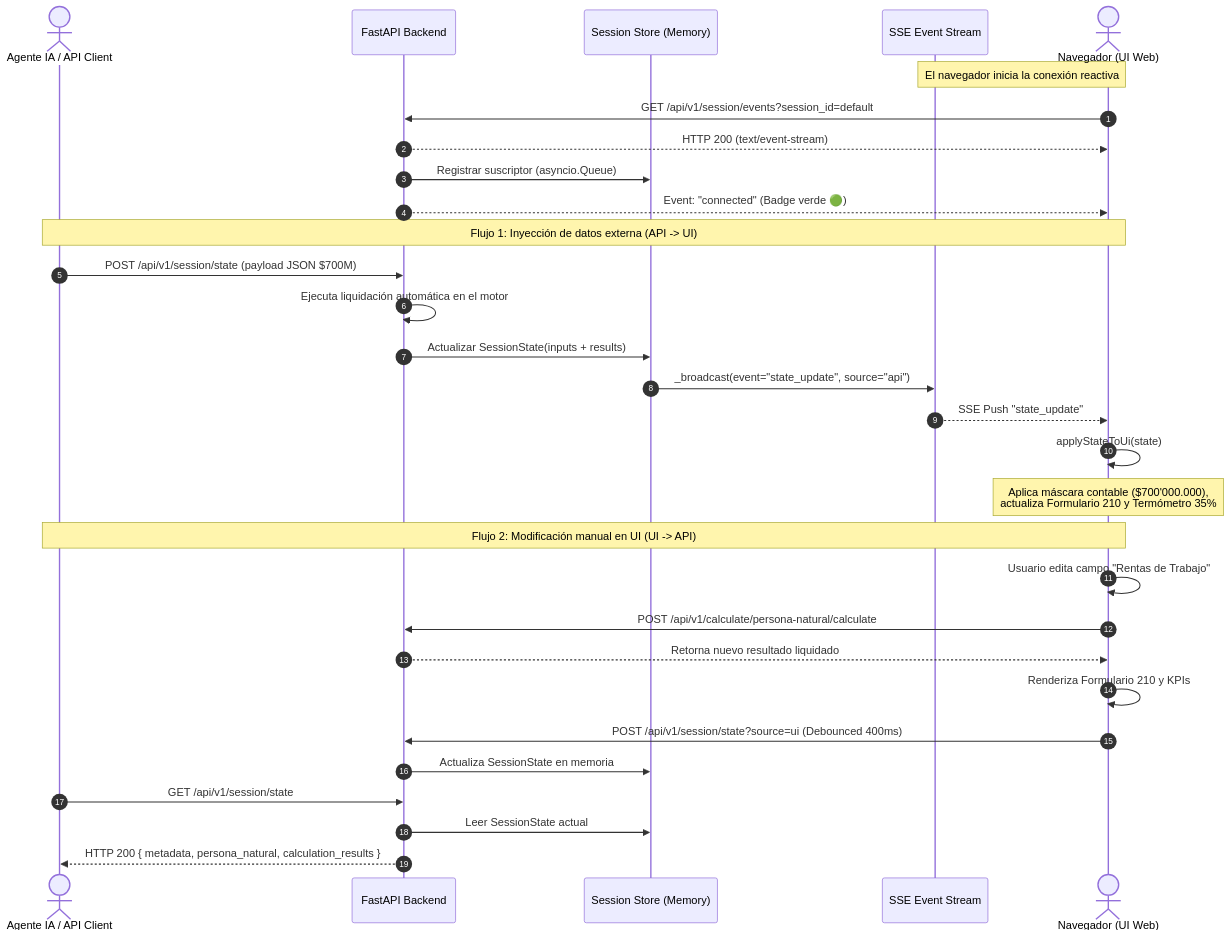
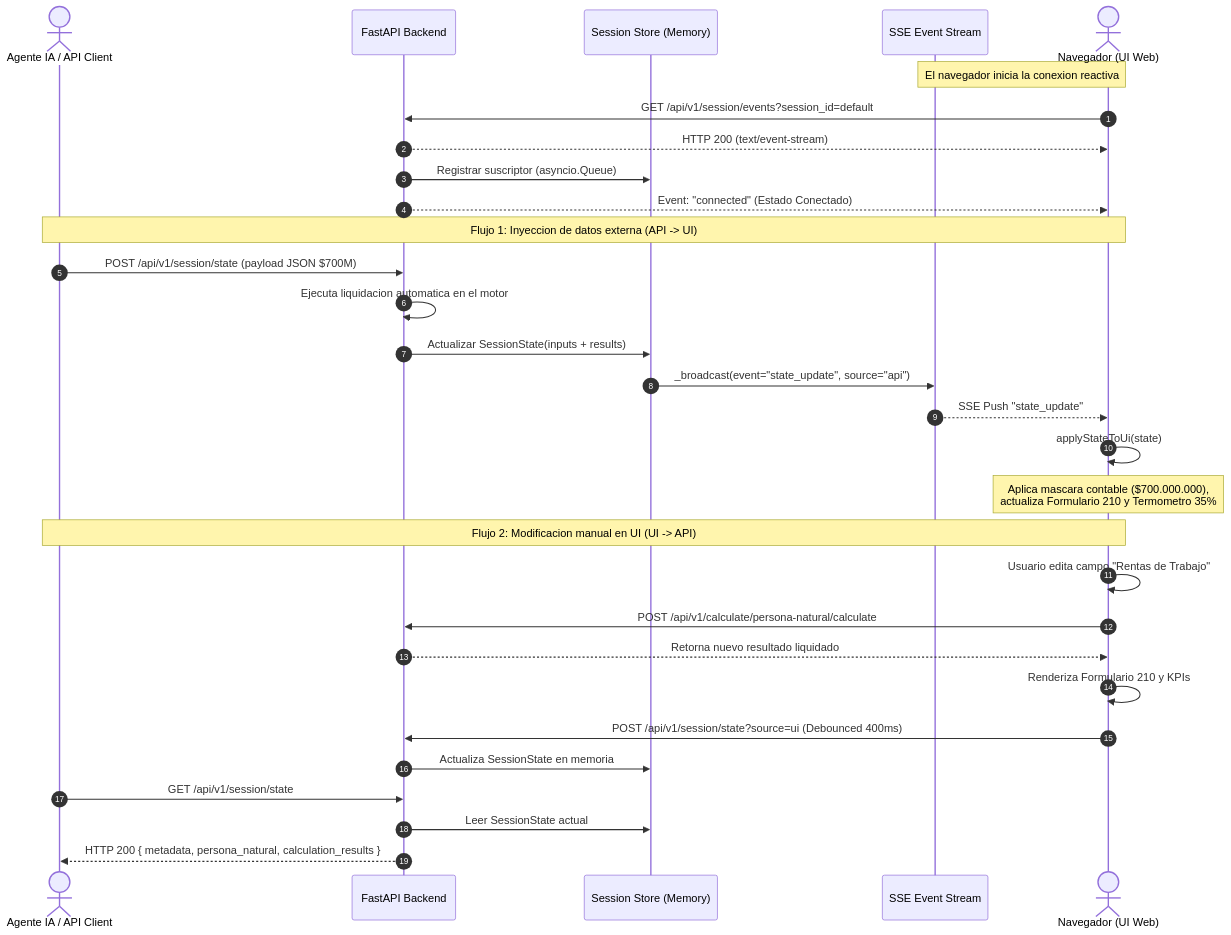
The diagram in docs/reference/architecture/sequence/seq-two-way-sync.md (juansebashr/tribut-ia), drawn with Mermaid before and after one commit. The commit also changed other lines of this file and 1 other file, not shown here.

Commit message:
fix(docs): quote node labels and fix syntax in Mermaid flowcharts and sequence diagrams

````diff
--- a/docs/reference/architecture/sequence/seq-two-way-sync.md
+++ b/docs/reference/architecture/sequence/seq-two-way-sync.md
@@ -5,40 +5,40 @@
 ```mermaid
 sequenceDiagram
-autonumber
-actor Agente as Agente IA / API Client
-participant API as FastAPI Backend
-participant Store as Session Store (Memory)
-participant SSE as SSE Event Stream
-actor Browser as Navegador (UI Web)
+    autonumber
+    actor Agente as Agente IA / API Client
+    participant API as FastAPI Backend
+    participant Store as Session Store (Memory)
+    participant SSE as SSE Event Stream
+    actor Browser as Navegador (UI Web)
 
-%% Conexión inicial
-Note over Browser, SSE: El navegador inicia la conexión reactiva
-Browser->>API: GET /api/v1/session/events?session_id=default
-API-->>Browser: HTTP 200 (text/event-stream)
-API->>Store: Registrar suscriptor (asyncio.Queue)
-API-->>Browser: Event: "connected" (Badge verde 🟢)
+    %% Conexion inicial
+    Note over Browser, SSE: El navegador inicia la conexion reactiva
+    Browser->>API: GET /api/v1/session/events?session_id=default
+    API-->>Browser: HTTP 200 (text/event-stream)
+    API->>Store: Registrar suscriptor (asyncio.Queue)
+    API-->>Browser: Event: "connected" (Estado Conectado)
 
-%% Inyección desde el exterior
-Note over Agente, Browser: Flujo 1: Inyección de datos externa (API -> UI)
-Agente->>API: POST /api/v1/session/state (payload JSON $700M)
-API->>API: Ejecuta liquidación automática en el motor
-API->>Store: Actualizar SessionState(inputs + results)
-Store->>SSE: _broadcast(event="state_update", source="api")
-SSE-->>Browser: SSE Push "state_update"
-Browser->>Browser: applyStateToUi(state)
-Note over Browser: Aplica máscara contable ($700'000.000),<br/>actualiza Formulario 210 y Termómetro 35%
+    %% Inyeccion desde el exterior
+    Note over Agente, Browser: Flujo 1: Inyeccion de datos externa (API -> UI)
+    Agente->>API: POST /api/v1/session/state (payload JSON $700M)
+    API->>API: Ejecuta liquidacion automatica en el motor
+    API->>Store: Actualizar SessionState(inputs + results)
+    Store->>SSE: _broadcast(event="state_update", source="api")
+    SSE-->>Browser: SSE Push "state_update"
+    Browser->>Browser: applyStateToUi(state)
+    Note over Browser: Aplica mascara contable ($700.000.000),<br/>actualiza Formulario 210 y Termometro 35%
 
-%% Modificación manual en UI
-Note over Browser, Agente: Flujo 2: Modificación manual en UI (UI -> API)
-Browser->>Browser: Usuario edita campo "Rentas de Trabajo"
-Browser->>API: POST /api/v1/calculate/persona-natural/calculate
-API-->>Browser: Retorna nuevo resultado liquidado
-Browser->>Browser: Renderiza Formulario 210 y KPIs
-Browser->>API: POST /api/v1/session/state?source=ui (Debounced 400ms)
-API->>Store: Actualiza SessionState en memoria
+    %% Modificacion manual en UI
+    Note over Browser, Agente: Flujo 2: Modificacion manual en UI (UI -> API)
+    Browser->>Browser: Usuario edita campo "Rentas de Trabajo"
+    Browser->>API: POST /api/v1/calculate/persona-natural/calculate
+    API-->>Browser: Retorna nuevo resultado liquidado
+    Browser->>Browser: Renderiza Formulario 210 y KPIs
+    Browser->>API: POST /api/v1/session/state?source=ui (Debounced 400ms)
+    API->>Store: Actualiza SessionState en memoria
 
-%% Consulta externa de lo que está en pantalla
-Agente->>API: GET /api/v1/session/state
-API->>Store: Leer SessionState actual
-API-->>Agente: HTTP 200 { metadata, persona_natural, calculation_results }
+    %% Consulta externa de lo que esta en pantalla
+    Agente->>API: GET /api/v1/session/state
+    API->>Store: Leer SessionState actual
+    API-->>Agente: HTTP 200 { metadata, persona_natural, calculation_results }
 ```
````
